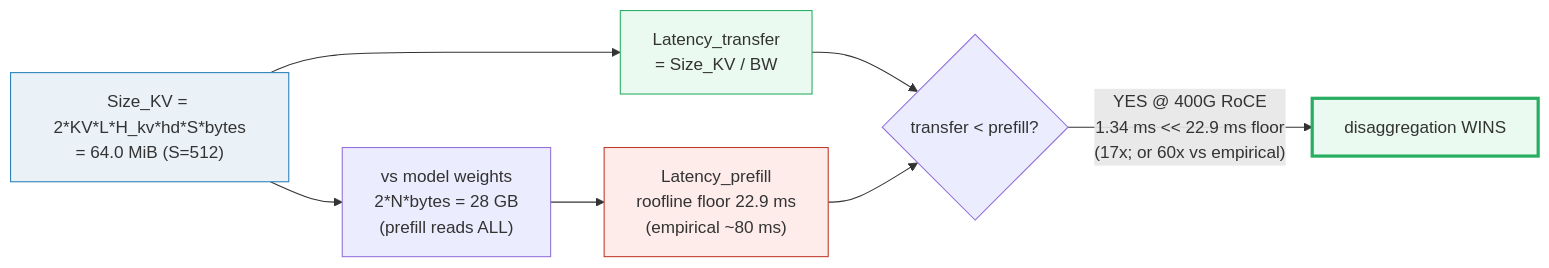
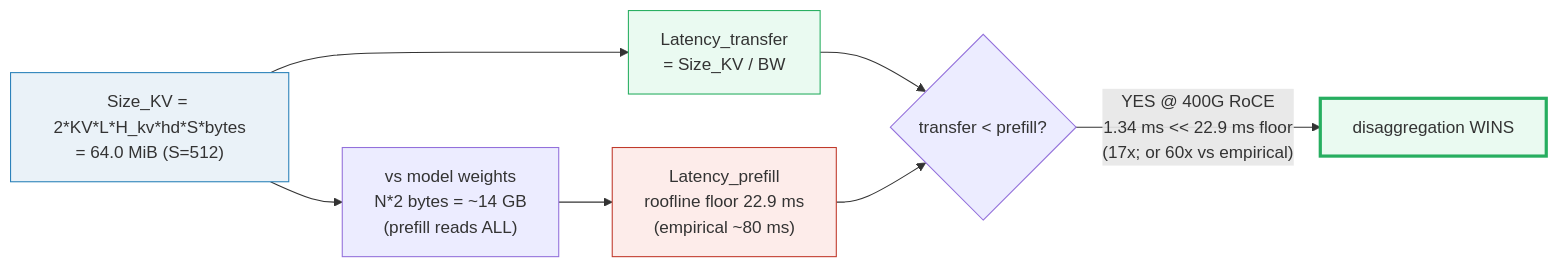
Before and after one commit to quanhua92/tutorials: the seventh of 8 diagrams in llm/DISAGGREGATED_SERVING.md, drawn with Mermaid. The commit also changed other lines of this file and 42 other files, not shown here.

````diff
--- a/llm/DISAGGREGATED_SERVING.md
+++ b/llm/DISAGGREGATED_SERVING.md
@@ -430,13 +430,13 @@
 ```mermaid
 graph LR
     Size["Size_KV = 2*KV*L*H_kv*hd*S*bytes<br/>= 64.0 MiB (S=512)"] --> T["Latency_transfer<br/>= Size_KV / BW"]
-    Size --> W["vs model weights<br/>2*N*bytes = 28 GB<br/>(prefill reads ALL)"]
+    Size --> W["vs model weights<br/>N*2 bytes = ~14 GB<br/>(prefill reads ALL)"]
     T --> Ver{"transfer < prefill?"}
     W --> PF["Latency_prefill<br/>roofline floor 22.9 ms<br/>(empirical ~80 ms)"]
     PF --> Ver
     Ver -->|"YES @ 400G RoCE<br/>1.34 ms << 22.9 ms floor<br/>(17x; or 60x vs empirical)"| Win["disaggregation WINS"]
     style Size fill:#eaf2f8,stroke:#2980b9
     style T fill:#eafaf1,stroke:#27ae60
     style PF fill:#fdecea,stroke:#c0392b
     style Win fill:#eafaf1,stroke:#27ae60,stroke-width:3px
 ```
````
